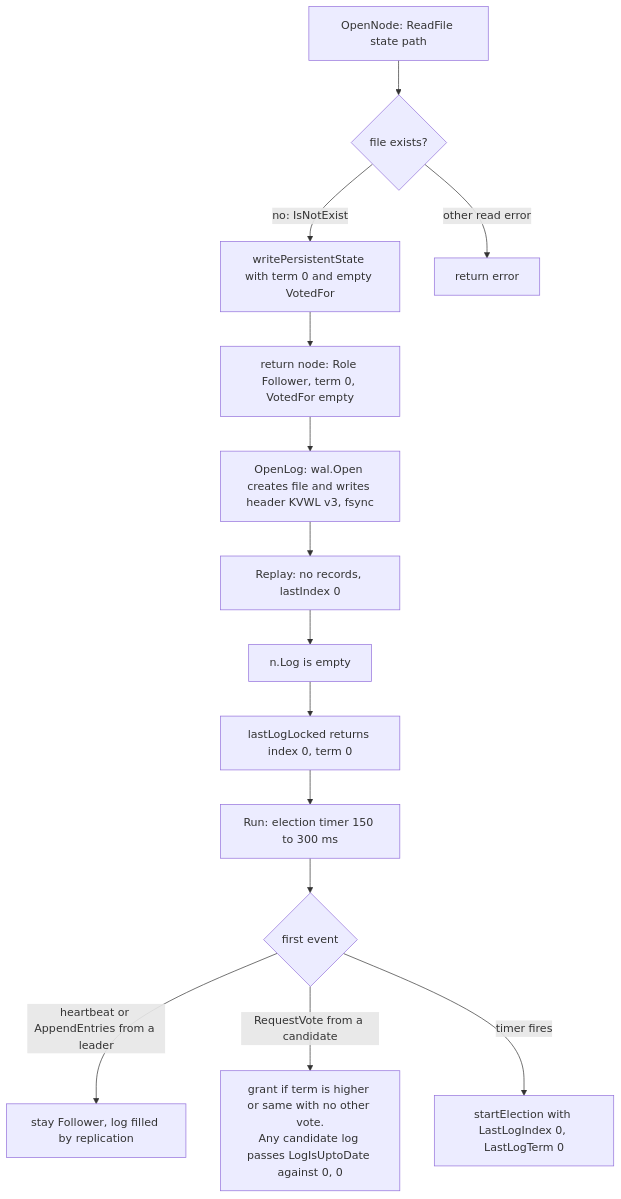
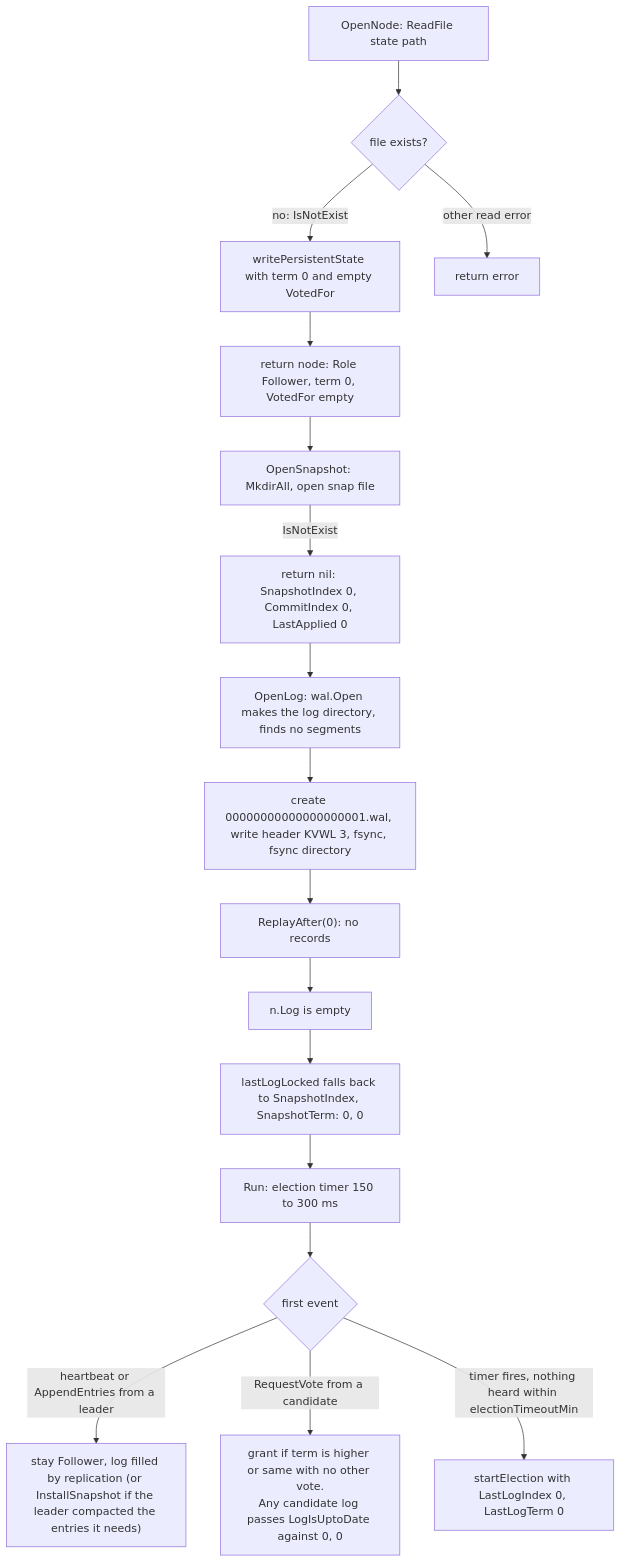
One commit to Tarun-Elango/hobbyDB changed the second of 11 diagrams in flow/3. node-startup-persisted-state.md. Above: the diagram before and after it, drawn with Mermaid. The commit also changed other lines of this file and 8 other files, not shown here.

Commit message:
udpating results and state diagrams

````diff
--- a/flow/3. node-startup-persisted-state.md
+++ b/flow/3. node-startup-persisted-state.md
@@ -42,16 +51,19 @@
 ```mermaid
 flowchart TD
     A["OpenNode: ReadFile state path"] --> B{"file exists?"}
     B -->|"no: IsNotExist"| C["writePersistentState with term 0 and empty VotedFor"]
     C --> D["return node: Role Follower, term 0, VotedFor empty"]
     B -->|"other read error"| FAIL["return error"]
-    D --> E["OpenLog: wal.Open creates file and writes header KVWL v3, fsync"]
-    E --> F["Replay: no records, lastIndex 0"]
+    D --> S["OpenSnapshot: MkdirAll, open snap file"]
+    S -->|"IsNotExist"| S1["return nil: SnapshotIndex 0, CommitIndex 0, LastApplied 0"]
+    S1 --> E["OpenLog: wal.Open makes the log directory, finds no segments"]
+    E --> E1["create 00000000000000000001.wal, write header KVWL 3, fsync, fsync directory"]
+    E1 --> F["ReplayAfter(0): no records"]
     F --> G["n.Log is empty"]
-    G --> H["lastLogLocked returns index 0, term 0"]
+    G --> H["lastLogLocked falls back to SnapshotIndex, SnapshotTerm: 0, 0"]
     H --> I["Run: election timer 150 to 300 ms"]
     I --> J{"first event"}
-    J -->|"heartbeat or AppendEntries from a leader"| K["stay Follower, log filled by replication"]
+    J -->|"heartbeat or AppendEntries from a leader"| K["stay Follower, log filled by replication (or InstallSnapshot if the leader compacted the entries it needs)"]
     J -->|"RequestVote from a candidate"| L["grant if term is higher or same with no other vote.<br/>Any candidate log passes LogIsUptoDate against 0, 0"]
-    J -->|"timer fires"| M["startElection with LastLogIndex 0, LastLogTerm 0"]
+    J -->|"timer fires, nothing heard within electionTimeoutMin"| M["startElection with LastLogIndex 0, LastLogTerm 0"]
 ```
````
